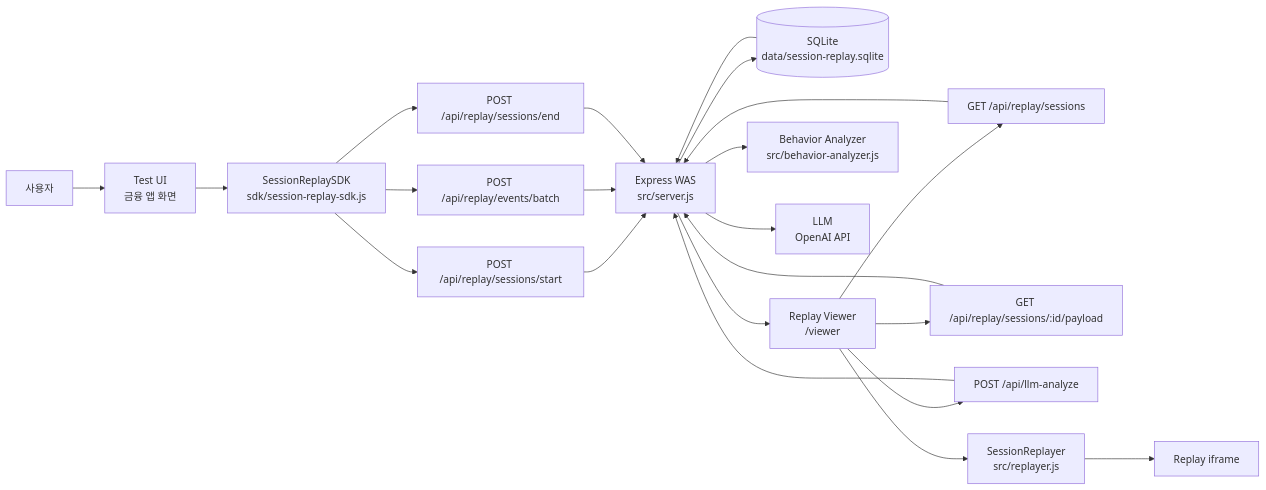
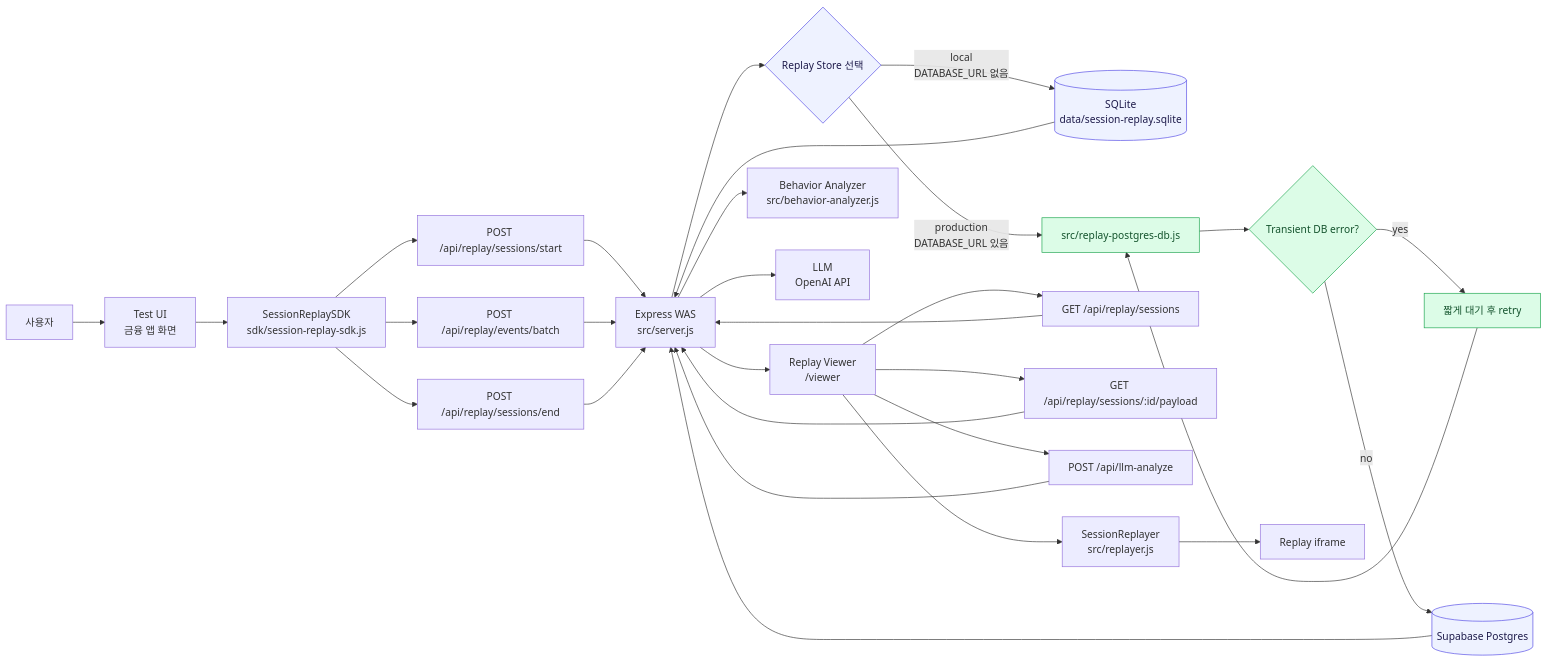
The first of 7 diagrams in workflow/session-replay-runtime-mermaid.md (JaeDoo1034/SessionReplay), drawn with Mermaid before and after one commit. The commit also changed other lines of this file and 15 other files, not shown here.

````diff
--- a/workflow/session-replay-runtime-mermaid.md
+++ b/workflow/session-replay-runtime-mermaid.md
@@ -7,33 +14,45 @@
 ```mermaid
 flowchart LR
   User[사용자] --> TestUI[Test UI<br/>금융 앱 화면]
 
   TestUI --> SDK[SessionReplaySDK<br/>sdk/session-replay-sdk.js]
 
   SDK --> StartAPI[POST /api/replay/sessions/start]
   SDK --> BatchAPI[POST /api/replay/events/batch]
   SDK --> EndAPI[POST /api/replay/sessions/end]
 
   StartAPI --> Server[Express WAS<br/>src/server.js]
   BatchAPI --> Server
   EndAPI --> Server
 
-  Server --> DB[(SQLite<br/>data/session-replay.sqlite)]
+  Server --> Store{Replay Store 선택}
+  Store -->|local<br/>DATABASE_URL 없음| SQLite[(SQLite<br/>data/session-replay.sqlite)]
+  Store -->|production<br/>DATABASE_URL 있음| PgStore[src/replay-postgres-db.js]
+  PgStore --> Retry{Transient DB error?}
+  Retry -->|yes| RetryWait[짧게 대기 후 retry]
+  RetryWait --> PgStore
+  Retry -->|no| Supabase[(Supabase Postgres)]
 
   Viewer[Replay Viewer<br/>/viewer] --> ListAPI[GET /api/replay/sessions]
   Viewer --> PayloadAPI[GET /api/replay/sessions/:id/payload]
   Viewer --> LLMAPI[POST /api/llm-analyze]
 
   ListAPI --> Server
   PayloadAPI --> Server
   LLMAPI --> Server
 
   Server --> Analyzer[Behavior Analyzer<br/>src/behavior-analyzer.js]
   Server --> LLM[LLM<br/>OpenAI API]
 
-  DB --> Server
+  SQLite --> Server
+  Supabase --> Server
   Server --> Viewer
 
   Viewer --> Replayer[SessionReplayer<br/>src/replayer.js]
   Replayer --> Iframe[Replay iframe]
+
+  classDef storage fill:#eef2ff,stroke:#4f46e5,color:#1e1b4b;
+  classDef retry fill:#dcfce7,stroke:#16a34a,color:#14532d;
+  class Store,SQLite,Supabase storage;
+  class PgStore,Retry,RetryWait retry;
 ```
````
